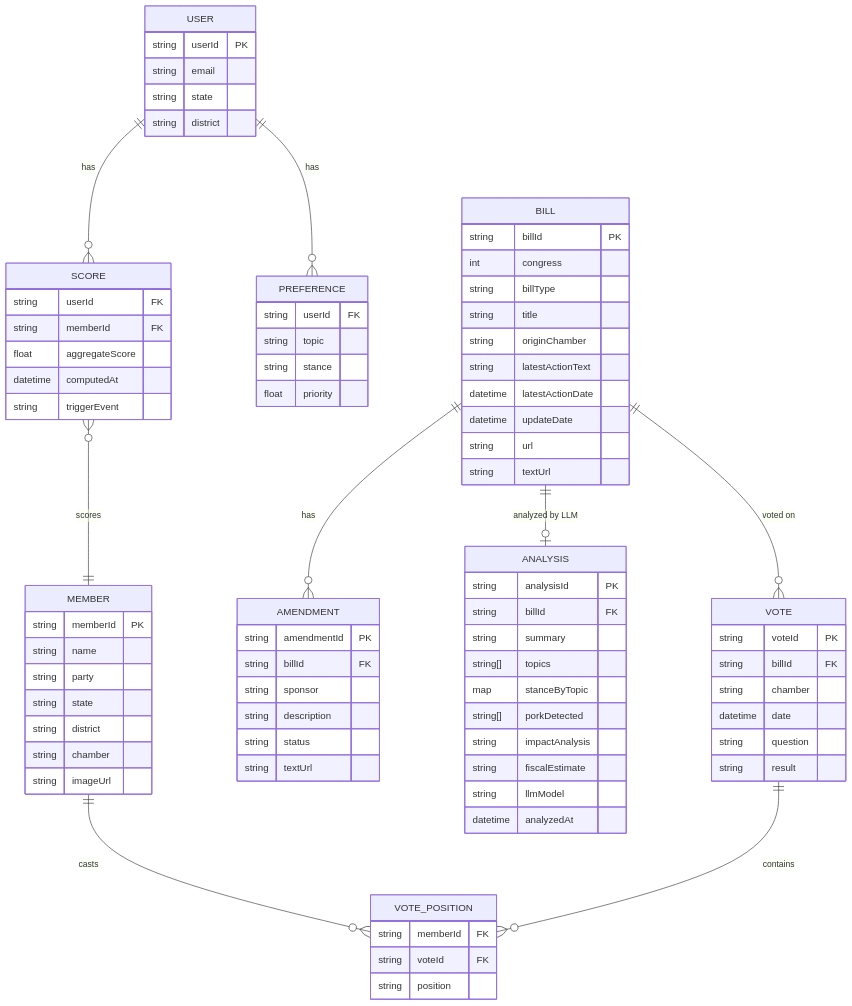
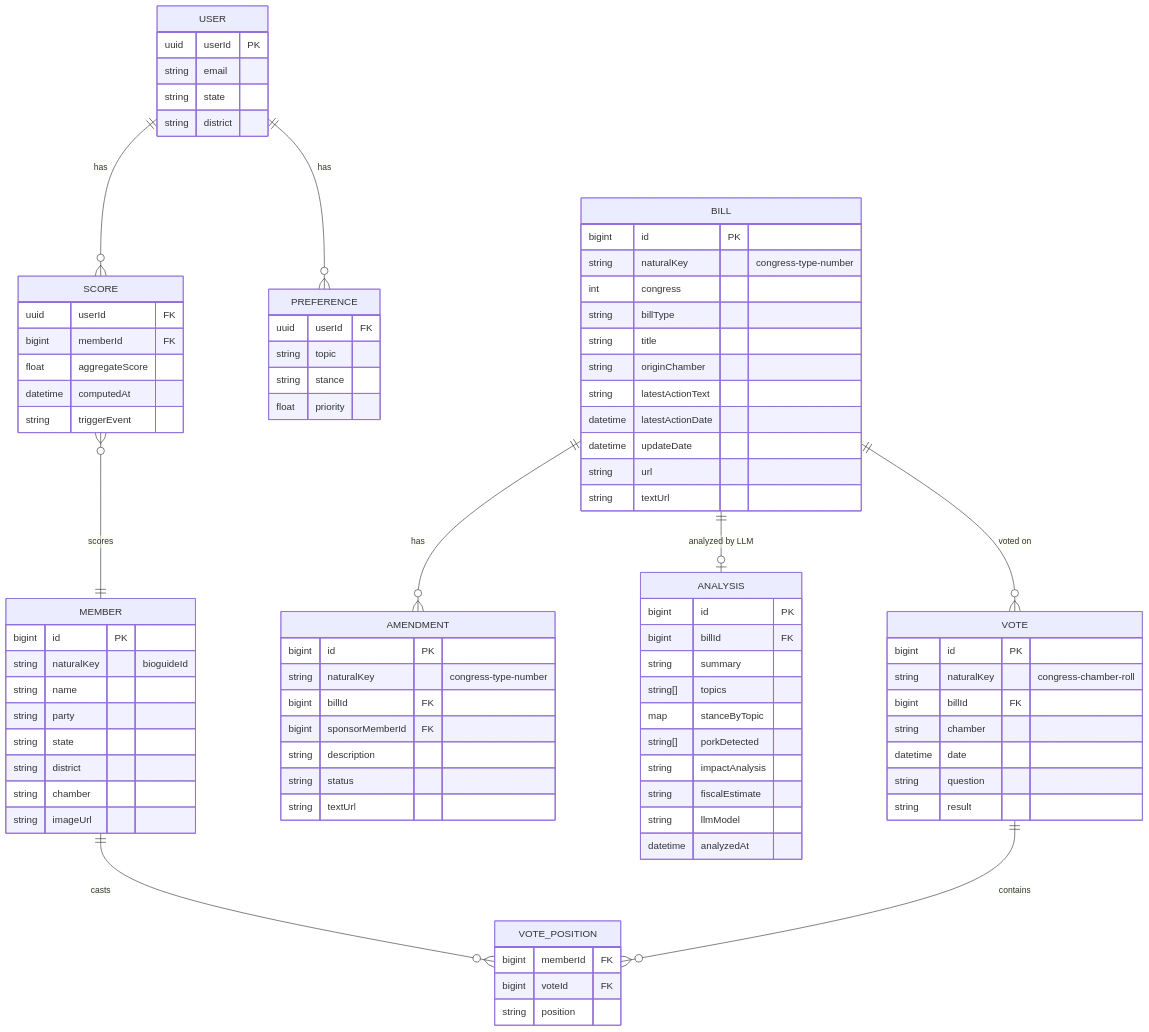
The diagram in docs/architecture/system-design/08-data-model.md (Eligio-Taveras/repcheck-pipeline-models), drawn with Mermaid before and after one commit. The commit also changed 16 other files, not shown here.

```diff
--- a/docs/architecture/system-design/08-data-model.md
+++ b/docs/architecture/system-design/08-data-model.md
@@ -14,7 +14,8 @@
     SCORE }o--|| MEMBER : "scores"
 
     BILL {
-        string billId PK
+        bigint id PK
+        string naturalKey "congress-type-number"
         int congress
         string billType
         string title
@@ -27,7 +28,8 @@
     }
 
     MEMBER {
-        string memberId PK
+        bigint id PK
+        string naturalKey "bioguideId"
         string name
         string party
         string state
@@ -37,8 +39,9 @@
     }
 
     VOTE {
-        string voteId PK
-        string billId FK
+        bigint id PK
+        string naturalKey "congress-chamber-roll"
+        bigint billId FK
         string chamber
         datetime date
         string question
@@ -46,23 +49,24 @@
     }
 
     VOTE_POSITION {
-        string memberId FK
-        string voteId FK
+        bigint memberId FK
+        bigint voteId FK
         string position
     }
 
     AMENDMENT {
-        string amendmentId PK
-        string billId FK
-        string sponsor
+        bigint id PK
+        string naturalKey "congress-type-number"
+        bigint billId FK
+        bigint sponsorMemberId FK
         string description
         string status
         string textUrl
     }
 
     ANALYSIS {
-        string analysisId PK
-        string billId FK
+        bigint id PK
+        bigint billId FK
         string summary
         string[] topics
         map stanceByTopic
@@ -74,22 +78,22 @@
     }
 
     USER {
-        string userId PK
+        uuid userId PK
         string email
         string state
         string district
     }
 
     PREFERENCE {
-        string userId FK
+        uuid userId FK
         string topic
         string stance
         float priority
     }
 
     SCORE {
-        string userId FK
-        string memberId FK
+        uuid userId FK
+        bigint memberId FK
         float aggregateScore
         datetime computedAt
         string triggerEvent
```
